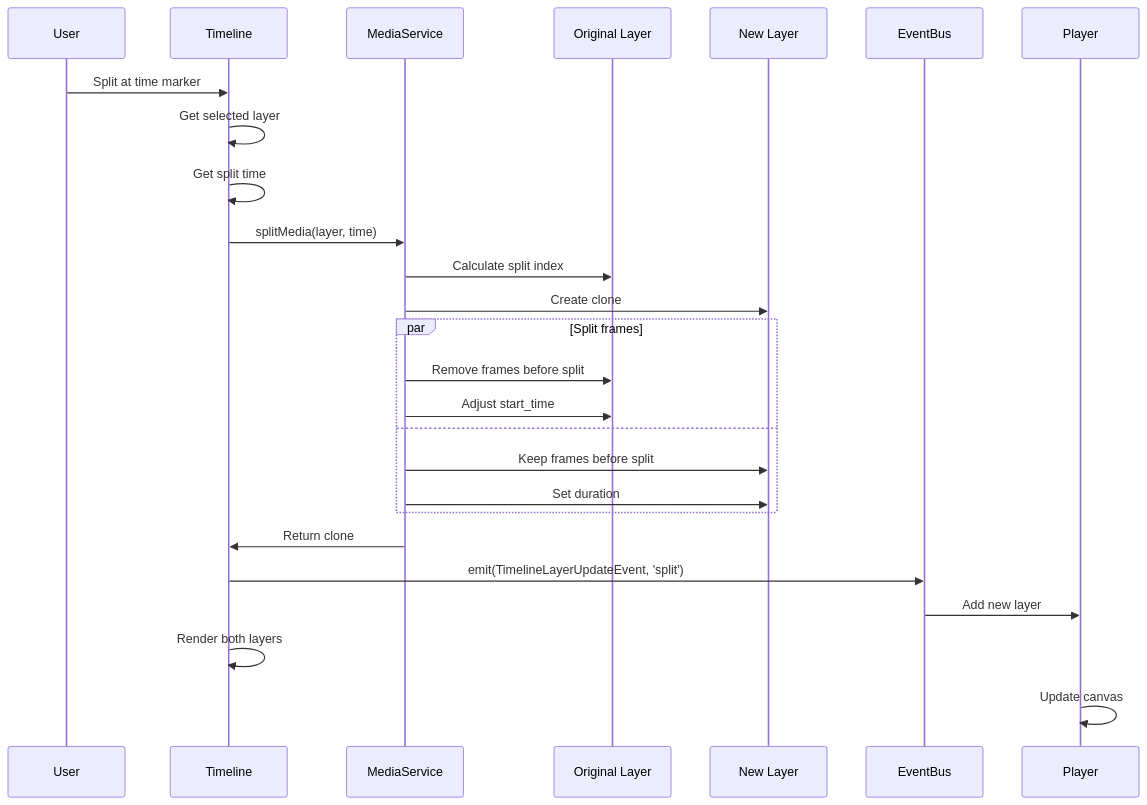
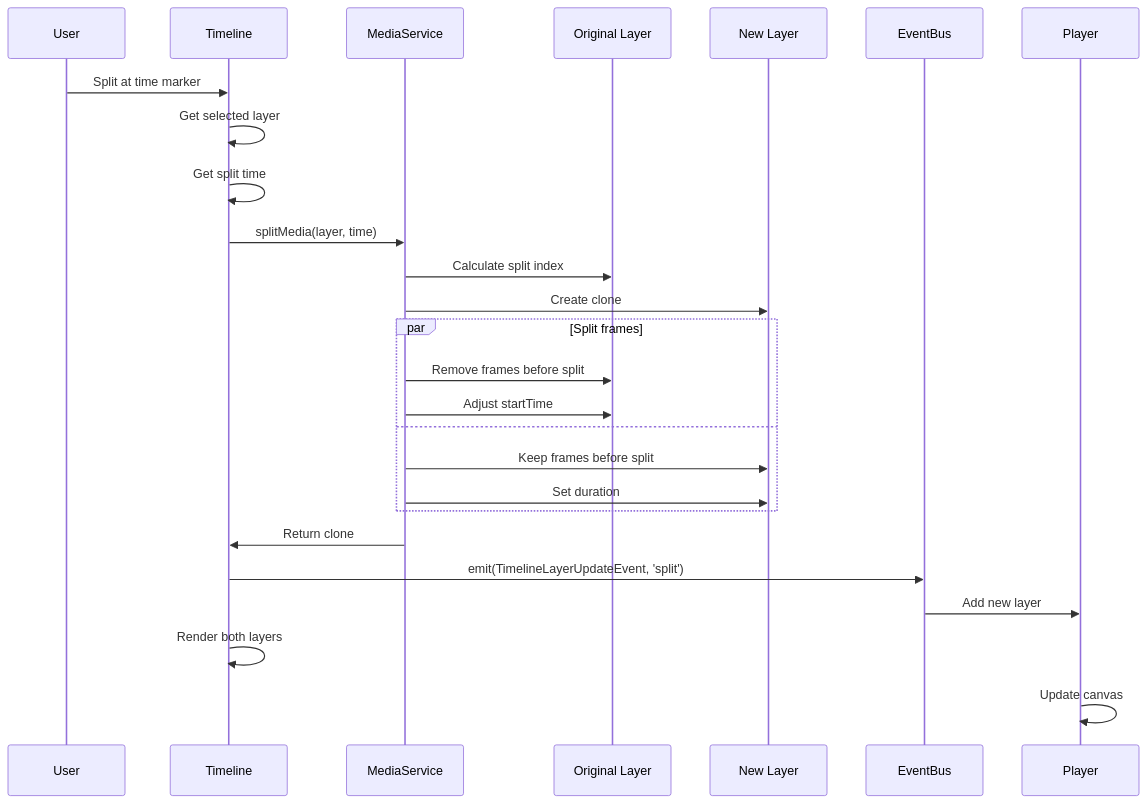
Before and after one commit to apssouza22/web-video-edit: the sixth of 13 diagrams in docs/architecture/07-data-flow.md, drawn with Mermaid. The commit also changed 29 other files, not shown here.

Commit message:
rename start_time to startTime

````diff
--- a/docs/architecture/07-data-flow.md
+++ b/docs/architecture/07-data-flow.md
@@ -312,33 +312,33 @@
 ```mermaid
 sequenceDiagram
     participant User
     participant Timeline
     participant MediaService
     participant Original as Original Layer
     participant Clone as New Layer
     participant EventBus
     participant Player
 
     User->>Timeline: Split at time marker
     Timeline->>Timeline: Get selected layer
     Timeline->>Timeline: Get split time
     
     Timeline->>MediaService: splitMedia(layer, time)
     
     MediaService->>Original: Calculate split index
     MediaService->>Clone: Create clone
     
     par Split frames
         MediaService->>Original: Remove frames before split
-        MediaService->>Original: Adjust start_time
+        MediaService->>Original: Adjust startTime
     and
         MediaService->>Clone: Keep frames before split
         MediaService->>Clone: Set duration
     end
     
     MediaService->>Timeline: Return clone
     Timeline->>EventBus: emit(TimelineLayerUpdateEvent, 'split')
     EventBus->>Player: Add new layer
     Timeline->>Timeline: Render both layers
     Player->>Player: Update canvas
 ```
````
